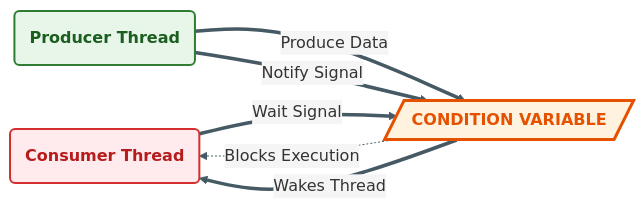
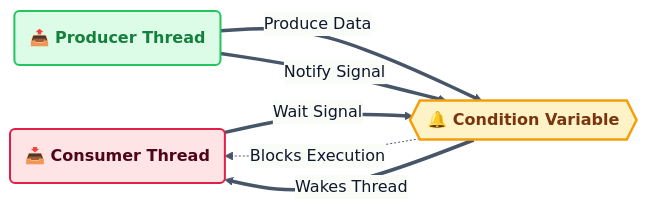
One commit to RameenAnwar/PDC-SP26-SE changed the sixth of 9 diagrams in SyedMuhammadHuzaifaAshrafi-(23FA-035-SE)/Chapter02/README.md. Above: the diagram before and after it, drawn with Mermaid. The commit also changed other lines of this file and 5 other files, not shown here.

````diff
--- a/SyedMuhammadHuzaifaAshrafi-(23FA-035-SE)/Chapter02/README.md
+++ b/SyedMuhammadHuzaifaAshrafi-(23FA-035-SE)/Chapter02/README.md
@@ -725,23 +229,23 @@
 ```mermaid
-%%{init: {'theme': 'base', 'themeVariables': { 'lineColor': '#455A64', 'primaryColor': '#F5F5F5' }}}%%
+%%{init: {'theme': 'base', 'themeVariables': { 'lineColor': '#475569', 'primaryColor': '#f8fafc', 'primaryTextColor': '#0f172a', 'primaryBorderColor': '#cbd5e1' }}}%%
 flowchart LR
-    %% Pro Max Condition Signal Flow
-    classDef cWait fill:#FFEBEE,stroke:#D32F2F,stroke-width:2px,color:#B71C1C,font-weight:bold
-    classDef cSignal fill:#E8F5E9,stroke:#2E7D32,stroke-width:2px,color:#1B5E20,font-weight:bold
-    classDef cond fill:#FFF3E0,stroke:#E65100,stroke-width:3px,color:#E65100,font-weight:bold
+    %% Premium Condition Signal Flow
+    classDef cWait fill:#ffe4e6,stroke:#e11d48,stroke-width:2px,color:#4c0519,font-weight:bold
+    classDef cSignal fill:#dcfce7,stroke:#22c55e,stroke-width:2px,color:#15803d,font-weight:bold
+    classDef cond fill:#fef3c7,stroke:#f59e0b,stroke-width:2.5px,color:#78350f,font-weight:bold
 
-    T_Cons(Consumer Thread)
-    Cond[/CONDITION VARIABLE/]
-    T_Prod(Producer Thread)
+    T_Cons("📥 Consumer Thread")
+    Cond{{"🔔 Condition Variable"}}
+    T_Prod("📤 Producer Thread")
 
     T_Cons == "Wait Signal" ==> Cond
     Cond -. "Blocks Execution" .-> T_Cons
     
     T_Prod == "Produce Data" ==> Cond
     T_Prod == "Notify Signal" ==> Cond
     Cond == "Wakes Thread" ==> T_Cons
 
     class T_Cons cWait
     class T_Prod cSignal
     class Cond cond
 ```
````
